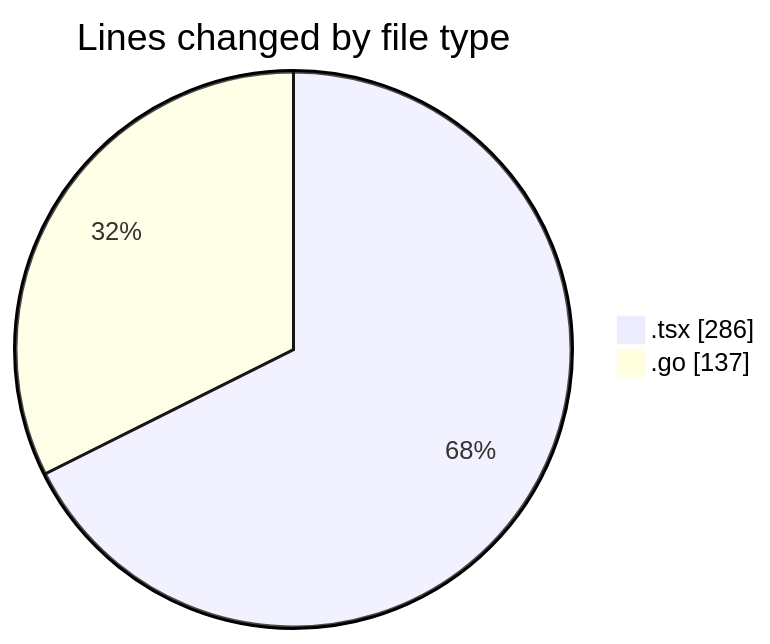
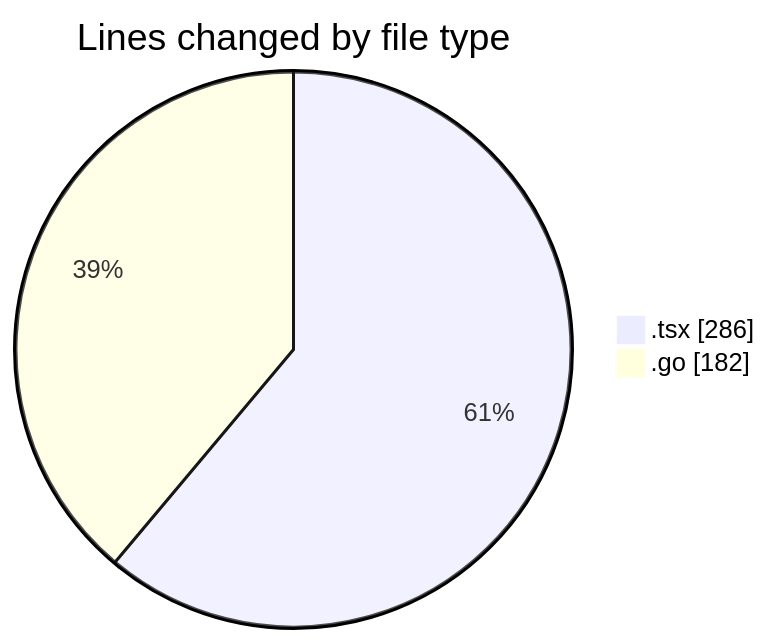
Before and after one commit to robertbonfada/code-tracking: the first of 2 diagrams in 2025-03-04/termonied_testador/README.md, drawn with Mermaid. The commit also changed other lines of this file and 1 other file, not shown here.

````diff
--- a/2025-03-04/termonied_testador/README.md
+++ b/2025-03-04/termonied_testador/README.md
@@ -23,6 +23,6 @@
 ```mermaid
 pie showData
 title Lines changed by file type
 ".tsx" : 286
-".go" : 137
+".go" : 182
 ```
````
